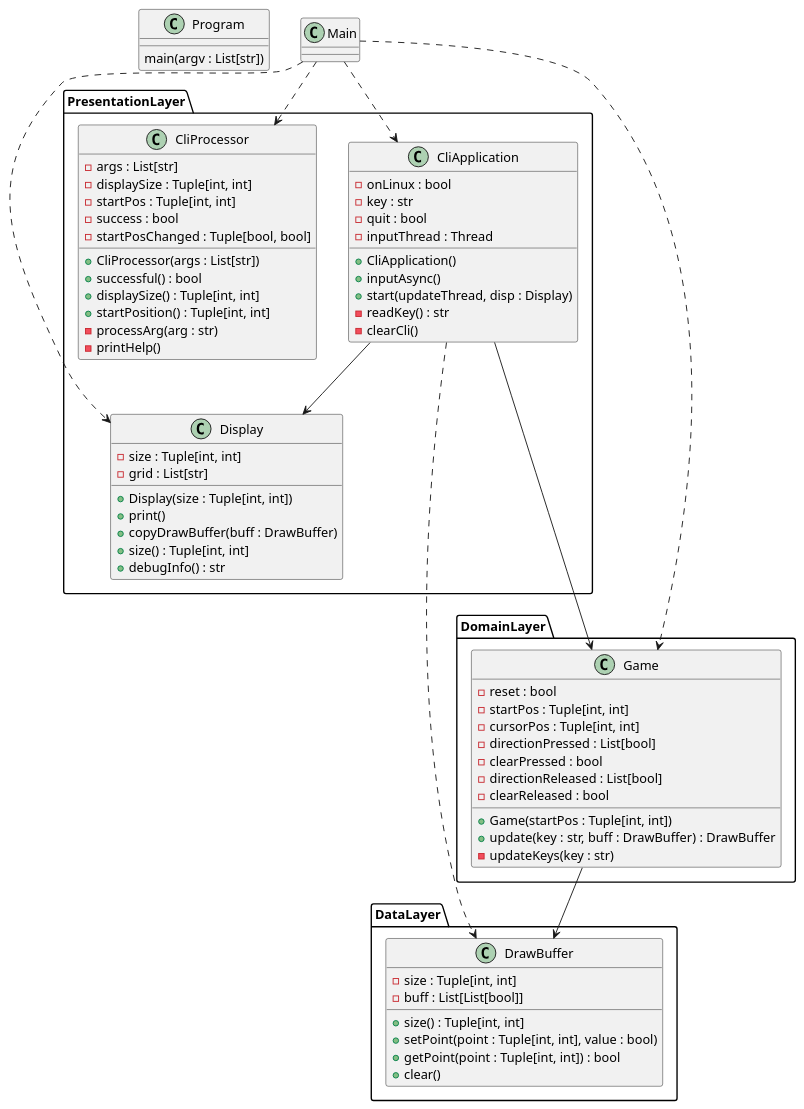
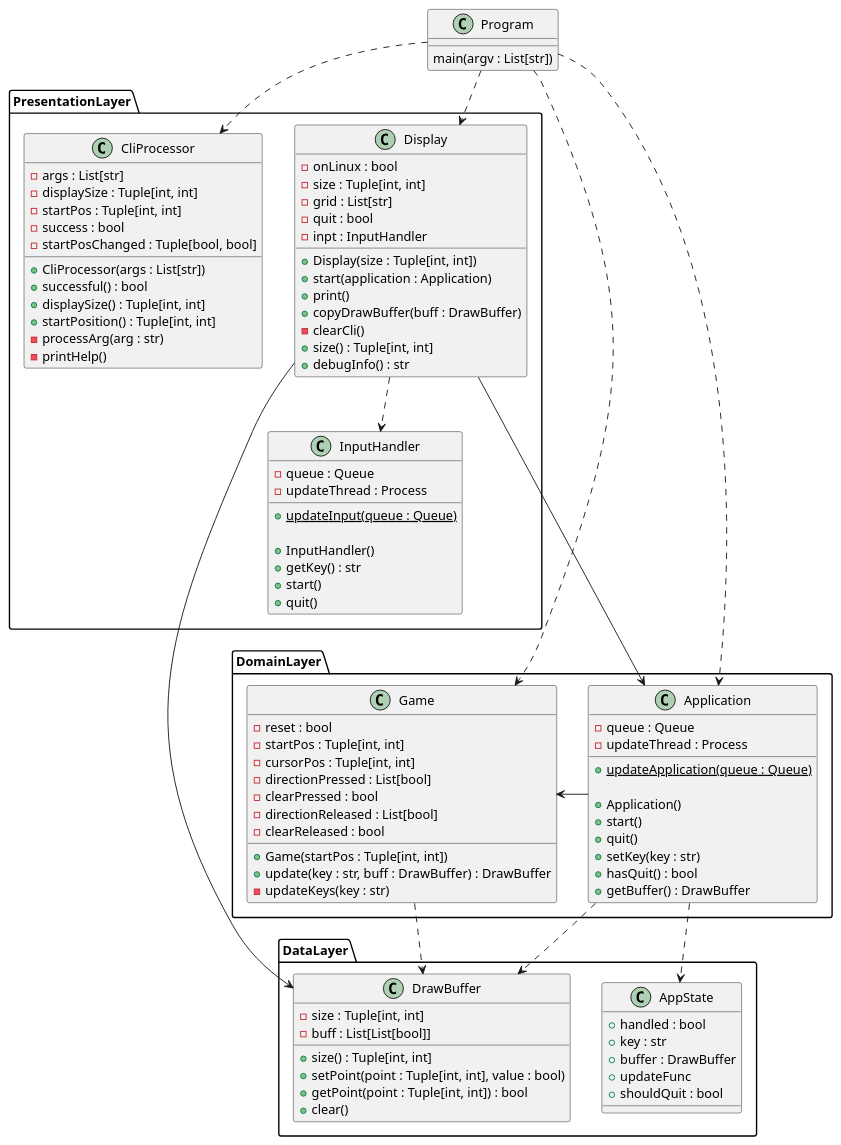
One commit to blueOkiris/EmbeddedLinuxClass changed the first of 2 diagrams in hw01/docs/etchsketch.plantuml. Above: the diagram before and after it, drawn with PlantUML. The commit also changed other lines of this file and 11 other files, not shown here.

Commit message:
Moved application into domain layer and further separated layers. Also switched to process instead of threading as it works better.

```diff
--- a/hw01/docs/etchsketch.plantuml
+++ b/hw01/docs/etchsketch.plantuml
@@ -1,86 +1,116 @@
 @startuml etch-a-sketch-class
 
 class Program {
     main(argv : List[str])
 }
 
 namespace PresentationLayer {
     class Display {
+        - onLinux : bool
         - size : Tuple[int, int]
         - grid : List[str]
+        - quit : bool
+        - inpt : InputHandler
 
         + Display(size : Tuple[int, int])
+        + start(application : Application)
         + print()
         + copyDrawBuffer(buff : DrawBuffer)
+        - clearCli()
         + size() : Tuple[int, int]
         + debugInfo() : str
-    }
-
-    class CliApplication {
-        - onLinux : bool
-        - key : str
-        - quit : bool
-        - inputThread : Thread
-
-        + CliApplication()
-        + inputAsync()
-        + start(updateThread, disp : Display)
-        - readKey() : str
-        - clearCli()
     }
 
     class CliProcessor {
         - args : List[str]
         - displaySize : Tuple[int, int]
         - startPos : Tuple[int, int]
         - success : bool
         - startPosChanged : Tuple[bool, bool]
 
         + CliProcessor(args : List[str])
         + successful() : bool
         + displaySize() : Tuple[int, int]
         + startPosition() : Tuple[int, int]
         - processArg(arg : str)
         - printHelp()
     }
 
-    CliApplication --> Display
+    class InputHandler {
+        - queue : Queue
+        - updateThread : Process
+
+        + {static} updateInput(queue : Queue)
+
+        + InputHandler()
+        + getKey() : str
+        + start()
+        + quit()
+    }
+
+    Display ..> InputHandler
 }
 
 namespace DomainLayer {
+    class Application {
+        - queue : Queue
+        - updateThread : Process
+
+        + {static} updateApplication(queue : Queue)
+
+        + Application()
+        + start()
+        + quit()
+        + setKey(key : str)
+        + hasQuit() : bool
+        + getBuffer() : DrawBuffer
+    }
+
     class Game {
         - reset : bool
         - startPos : Tuple[int, int]
         - cursorPos : Tuple[int, int]
         - directionPressed : List[bool]
         - clearPressed : bool
         - directionReleased : List[bool]
         - clearReleased : bool
         
         + Game(startPos : Tuple[int, int])
         + update(key : str, buff : DrawBuffer) : DrawBuffer
         - updateKeys(key : str)
     }
+
+    Application -> Game
 }
 
 namespace DataLayer {
     class DrawBuffer {
         - size : Tuple[int, int]
         - buff : List[List[bool]]
 
         + size() : Tuple[int, int]
         + setPoint(point : Tuple[int, int], value : bool)
         + getPoint(point : Tuple[int, int]) : bool
         + clear()
     }
+
+    class AppState {
+        + handled : bool
+        + key : str
+        + buffer : DrawBuffer
+        + updateFunc
+        + shouldQuit : bool
+    }
 }
 
-Main ..> PresentationLayer.CliProcessor
-Main ..> PresentationLayer.CliApplication
-Main ...> PresentationLayer.Display
-Main ....> DomainLayer.Game
-PresentationLayer.CliApplication ...> DataLayer.DrawBuffer
-PresentationLayer.CliApplication --> DomainLayer.Game
-DomainLayer.Game --> DataLayer.DrawBuffer
+Program ..> PresentationLayer.CliProcessor
+Program ...> DomainLayer.Game
+Program ...> DomainLayer.Application
+Program ..> PresentationLayer.Display
+PresentationLayer.Display ---> DomainLayer.Application
+PresentationLayer.Display ---> DataLayer.DrawBuffer
+DomainLayer.Application ..> DataLayer.AppState
+DomainLayer.Application ..> DataLayer.DrawBuffer
+DomainLayer.Game ..> DataLayer.DrawBuffer
 
 @enduml
```
